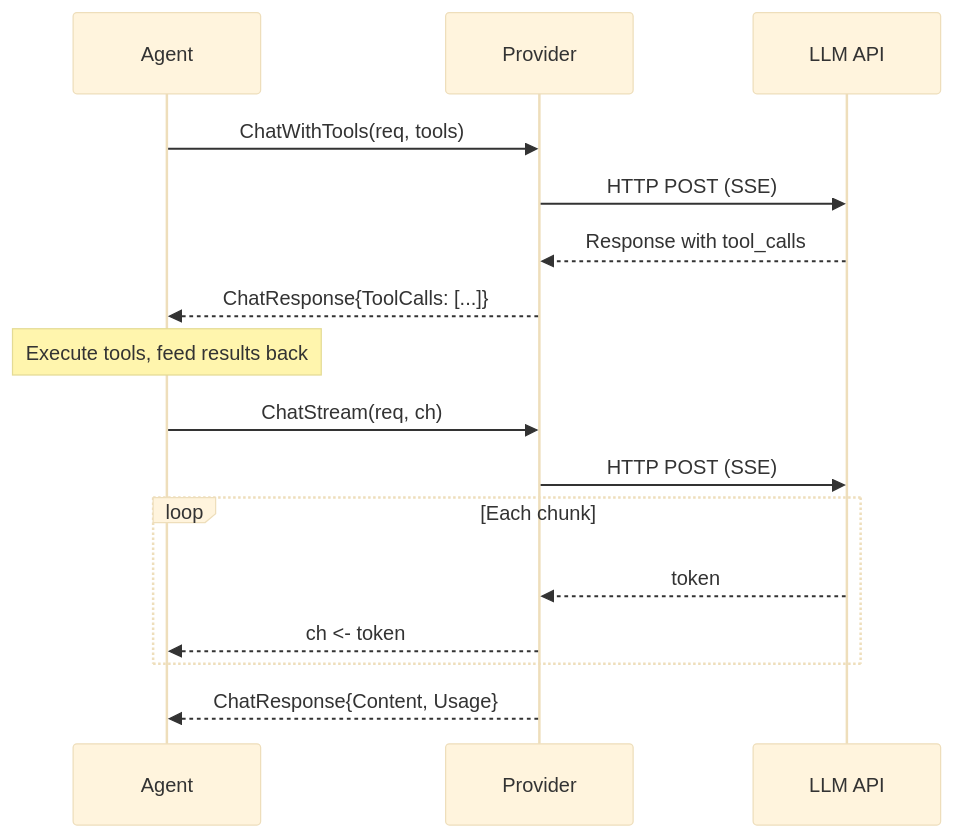
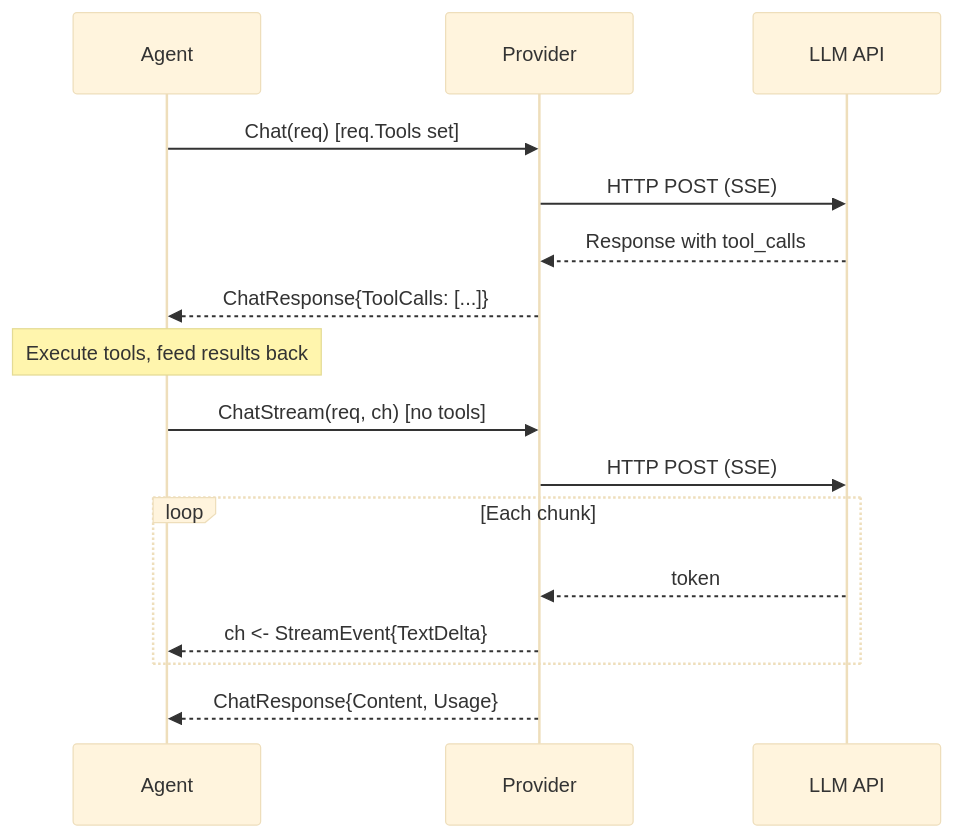
The diagram in docs/concepts/provider.md (nevindra/oasis), drawn with Mermaid (base theme) before and after one commit. The commit also changed other lines of this file and 35 other files, not shown here.

````diff
--- a/docs/concepts/provider.md
+++ b/docs/concepts/provider.md
@@ -26,21 +26,21 @@
 ```mermaid
 sequenceDiagram
     participant Agent
     participant Provider
     participant LLM API
 
-    Agent->>Provider: ChatWithTools(req, tools)
+    Agent->>Provider: Chat(req) [req.Tools set]
     Provider->>LLM API: HTTP POST (SSE)
     LLM API-->>Provider: Response with tool_calls
     Provider-->>Agent: ChatResponse{ToolCalls: [...]}
 
     Note over Agent: Execute tools, feed results back
 
-    Agent->>Provider: ChatStream(req, ch)
+    Agent->>Provider: ChatStream(req, ch) [no tools]
     Provider->>LLM API: HTTP POST (SSE)
     loop Each chunk
         LLM API-->>Provider: token
-        Provider-->>Agent: ch <- token
+        Provider-->>Agent: ch <- StreamEvent{TextDelta}
     end
     Provider-->>Agent: ChatResponse{Content, Usage}
 ```
````
